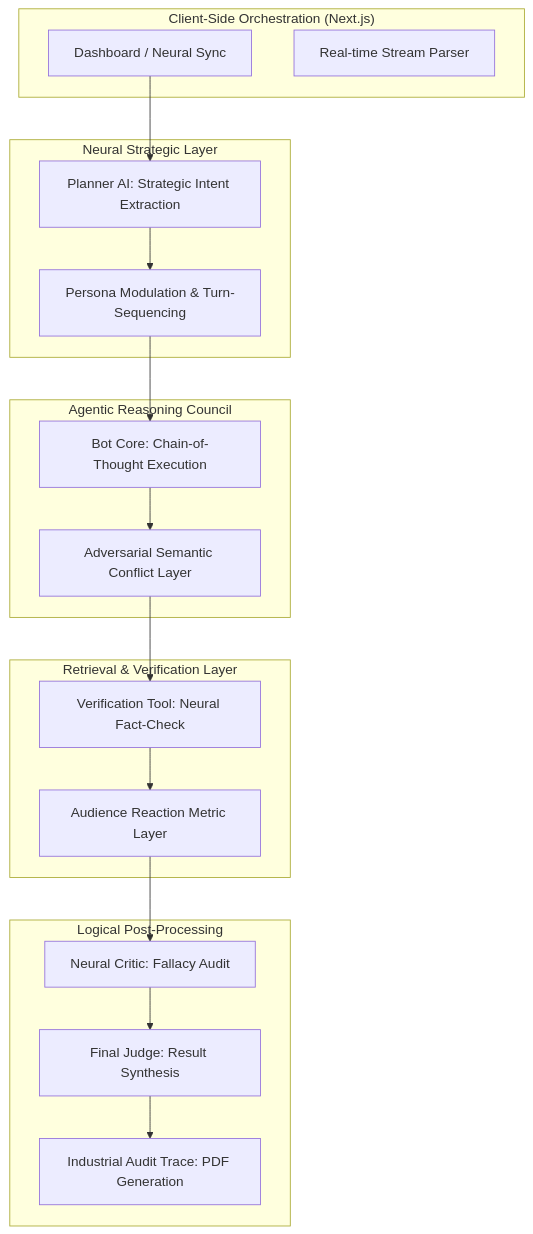
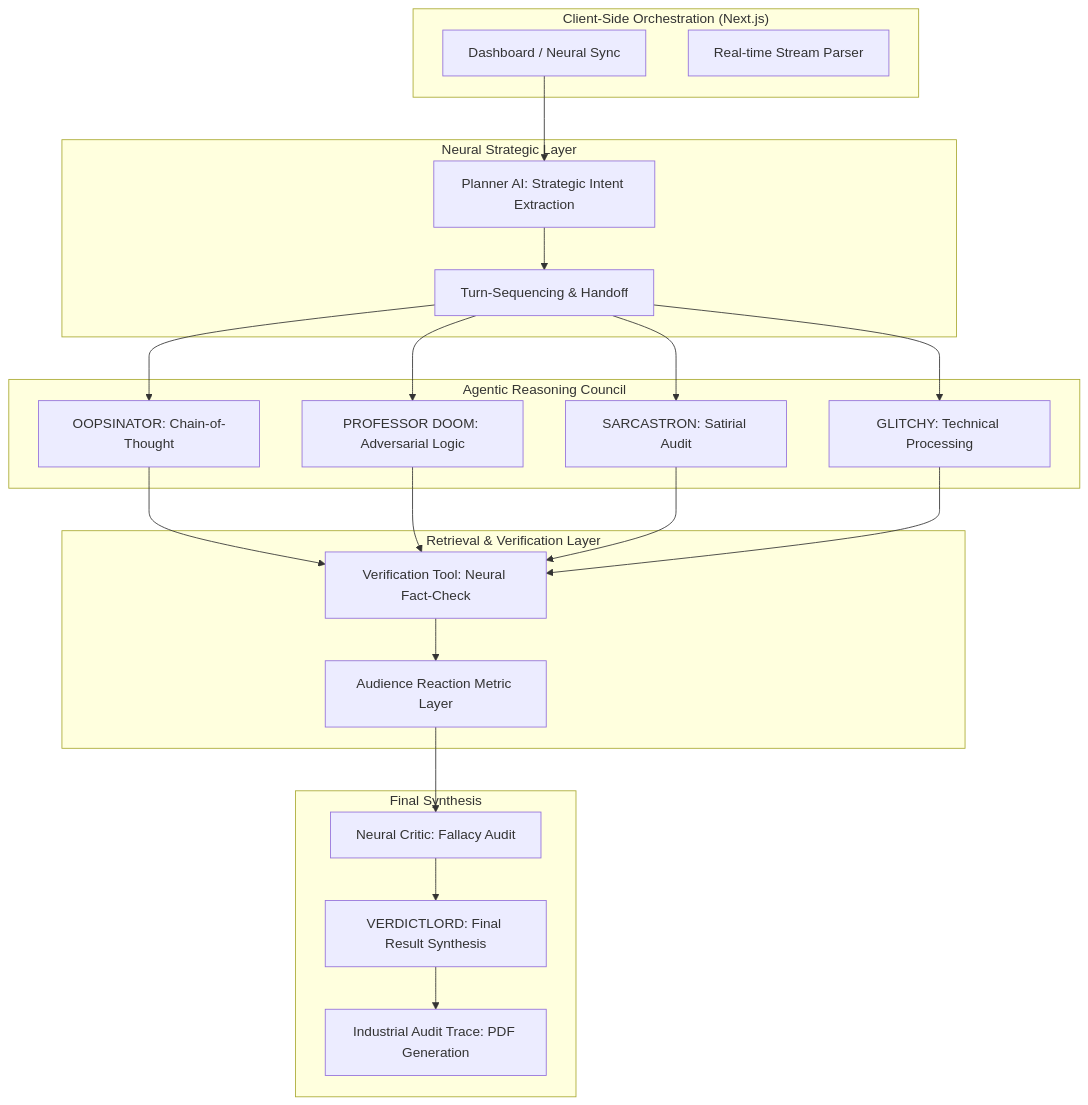
Before and after one commit to srishtit067/debate-arena: the first of 2 diagrams in README.md, drawn with Mermaid. The commit also changed other lines of this file, not shown here.

Commit message:
docs: v12.2 MASTER SYNC - Character Logic Flow and Personality Integration

````diff
--- a/README.md
+++ b/README.md
@@ -21,38 +21,39 @@
 ```mermaid
 graph TD
     subgraph UI ["Client-Side Orchestration (Next.js)"]
         A[Dashboard / Neural Sync]
         B[Real-time Stream Parser]
     end
     
     subgraph Orchestration ["Neural Strategic Layer"]
         C[Planner AI: Strategic Intent Extraction]
-        D[Persona Modulation & Turn-Sequencing]
+        D[Turn-Sequencing & Handoff]
     end
     
     subgraph Execution ["Agentic Reasoning Council"]
-        E[Bot Core: Chain-of-Thought Execution]
-        F[Adversarial Semantic Conflict Layer]
+        E[OOPSINATOR: Chain-of-Thought]
+        F[PROFESSOR DOOM: Adversarial Logic]
+        G[SARCASTRON: Satirial Audit]
+        H[GLITCHY: Technical Processing]
     end
     
     subgraph Tools ["Retrieval & Verification Layer"]
-        G[Verification Tool: Neural Fact-Check]
-        H[Audience Reaction Metric Layer]
+        I[Verification Tool: Neural Fact-Check]
+        J[Audience Reaction Metric Layer]
     end
     
-    subgraph Analytics ["Logical Post-Processing"]
-        I[Neural Critic: Fallacy Audit]
-        J[Final Judge: Result Synthesis]
-        K[Industrial Audit Trace: PDF Generation]
+    subgraph Analytics ["Final Synthesis"]
+        K[Neural Critic: Fallacy Audit]
+        L[VERDICTLORD: Final Result Synthesis]
+        M[Industrial Audit Trace: PDF Generation]
     end
 
     A --> C
     C --> D
-    D --> E
-    E --> F
-    F --> G
-    G --> H
-    H --> I
+    D --> E & F & G & H
+    E & F & G & H --> I
     I --> J
     J --> K
+    K --> L
+    L --> M
 ```
````
